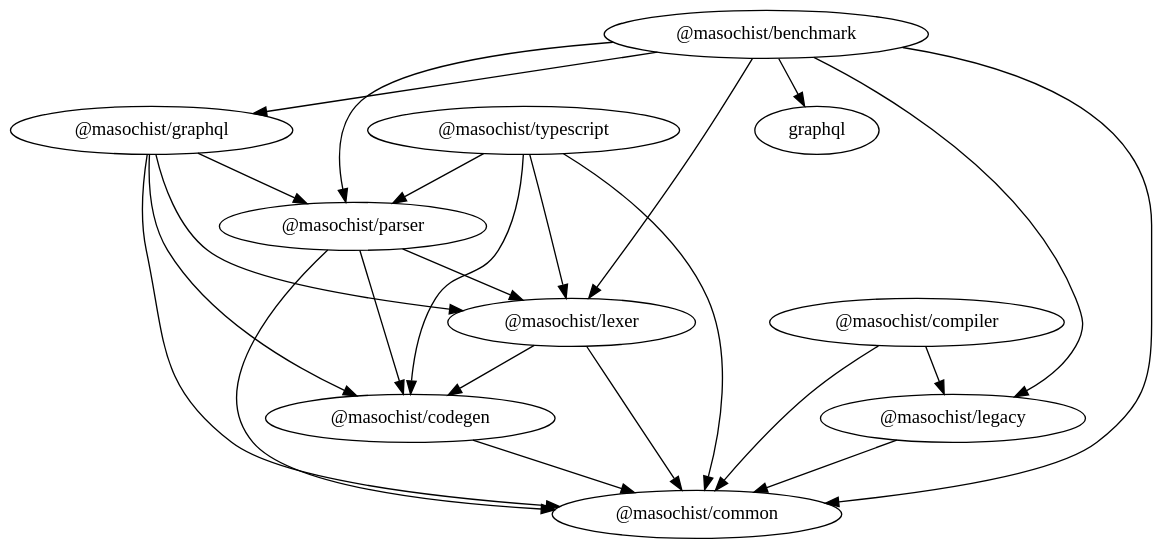
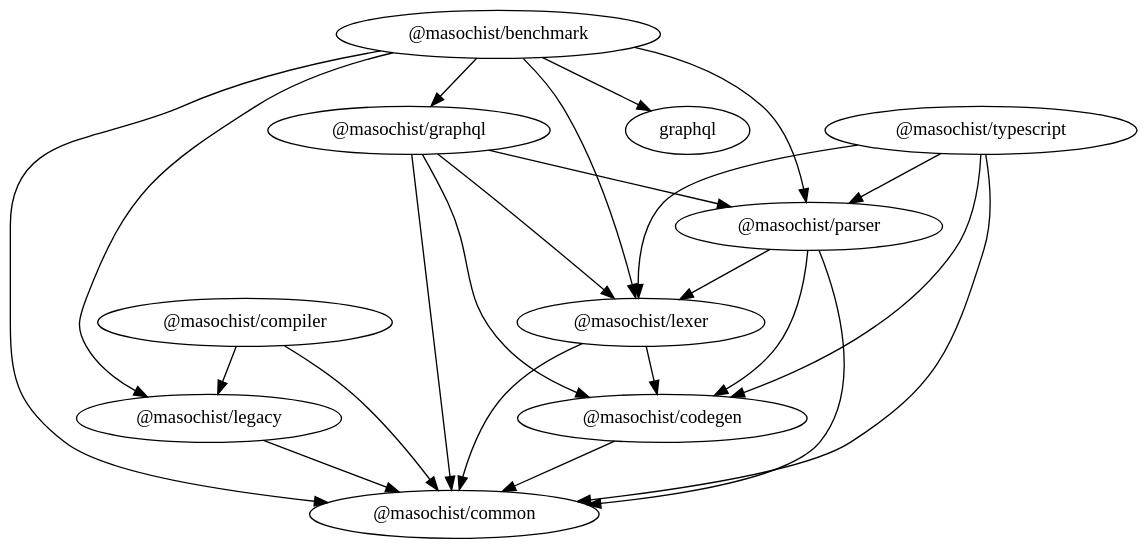
One commit to wincent/masochist changed the diagram in docs/packages-light.dot. Above: the diagram before and after it, drawn with Graphviz. The commit also changed other lines of this file and 4 other files, not shown here.

First line of the commit message:
fix: explicitly sort when producing dependency graph diagram

```diff
--- a/docs/packages-light.dot
+++ b/docs/packages-light.dot
@@ -1,42 +1,42 @@
 // vim: set nomodifiable : DO NOT EDIT
 //
 // Edit "support/dotifyDependencyGraph.ts" and run "make docs" instead.
 //
 // @generated
 
 digraph dependency_graph {
   bgcolor = "transparent";
 
   node[color = "black", fontcolor = "black"]; "@masochist/benchmark"
+  node[color = "black", fontcolor = "black"]; "@masochist/codegen"
+  node[color = "black", fontcolor = "black"]; "@masochist/compiler"
+  node[color = "black", fontcolor = "black"]; "@masochist/graphql"
+  node[color = "black", fontcolor = "black"]; "@masochist/legacy"
   node[color = "black", fontcolor = "black"]; "@masochist/lexer"
+  node[color = "black", fontcolor = "black"]; "@masochist/parser"
   node[color = "black", fontcolor = "black"]; "@masochist/typescript"
-  node[color = "black", fontcolor = "black"]; "@masochist/legacy"
-  node[color = "black", fontcolor = "black"]; "@masochist/parser"
-  node[color = "black", fontcolor = "black"]; "@masochist/codegen"
-  node[color = "black", fontcolor = "black"]; "@masochist/graphql"
-  node[color = "black", fontcolor = "black"]; "@masochist/compiler"
 
   "@masochist/benchmark" -> "@masochist/common" [color = "black", fontcolor = "black"];
   "@masochist/benchmark" -> "@masochist/graphql" [color = "black", fontcolor = "black"];
   "@masochist/benchmark" -> "@masochist/legacy" [color = "black", fontcolor = "black"];
   "@masochist/benchmark" -> "@masochist/lexer" [color = "black", fontcolor = "black"];
   "@masochist/benchmark" -> "@masochist/parser" [color = "black", fontcolor = "black"];
   "@masochist/benchmark" -> "graphql" [color = "black", fontcolor = "black"];
+  "@masochist/codegen" -> "@masochist/common" [color = "black", fontcolor = "black"];
+  "@masochist/compiler" -> "@masochist/common" [color = "black", fontcolor = "black"];
+  "@masochist/compiler" -> "@masochist/legacy" [color = "black", fontcolor = "black"];
+  "@masochist/graphql" -> "@masochist/codegen" [color = "black", fontcolor = "black"];
+  "@masochist/graphql" -> "@masochist/common" [color = "black", fontcolor = "black"];
+  "@masochist/graphql" -> "@masochist/lexer" [color = "black", fontcolor = "black"];
+  "@masochist/graphql" -> "@masochist/parser" [color = "black", fontcolor = "black"];
+  "@masochist/legacy" -> "@masochist/common" [color = "black", fontcolor = "black"];
   "@masochist/lexer" -> "@masochist/codegen" [color = "black", fontcolor = "black"];
   "@masochist/lexer" -> "@masochist/common" [color = "black", fontcolor = "black"];
+  "@masochist/parser" -> "@masochist/codegen" [color = "black", fontcolor = "black"];
+  "@masochist/parser" -> "@masochist/common" [color = "black", fontcolor = "black"];
+  "@masochist/parser" -> "@masochist/lexer" [color = "black", fontcolor = "black"];
   "@masochist/typescript" -> "@masochist/codegen" [color = "black", fontcolor = "black"];
   "@masochist/typescript" -> "@masochist/common" [color = "black", fontcolor = "black"];
   "@masochist/typescript" -> "@masochist/lexer" [color = "black", fontcolor = "black"];
   "@masochist/typescript" -> "@masochist/parser" [color = "black", fontcolor = "black"];
-  "@masochist/legacy" -> "@masochist/common" [color = "black", fontcolor = "black"];
-  "@masochist/parser" -> "@masochist/codegen" [color = "black", fontcolor = "black"];
-  "@masochist/parser" -> "@masochist/common" [color = "black", fontcolor = "black"];
-  "@masochist/parser" -> "@masochist/lexer" [color = "black", fontcolor = "black"];
-  "@masochist/codegen" -> "@masochist/common" [color = "black", fontcolor = "black"];
-  "@masochist/graphql" -> "@masochist/codegen" [color = "black", fontcolor = "black"];
-  "@masochist/graphql" -> "@masochist/common" [color = "black", fontcolor = "black"];
-  "@masochist/graphql" -> "@masochist/lexer" [color = "black", fontcolor = "black"];
-  "@masochist/graphql" -> "@masochist/parser" [color = "black", fontcolor = "black"];
-  "@masochist/compiler" -> "@masochist/common" [color = "black", fontcolor = "black"];
-  "@masochist/compiler" -> "@masochist/legacy" [color = "black", fontcolor = "black"];
 }
```
